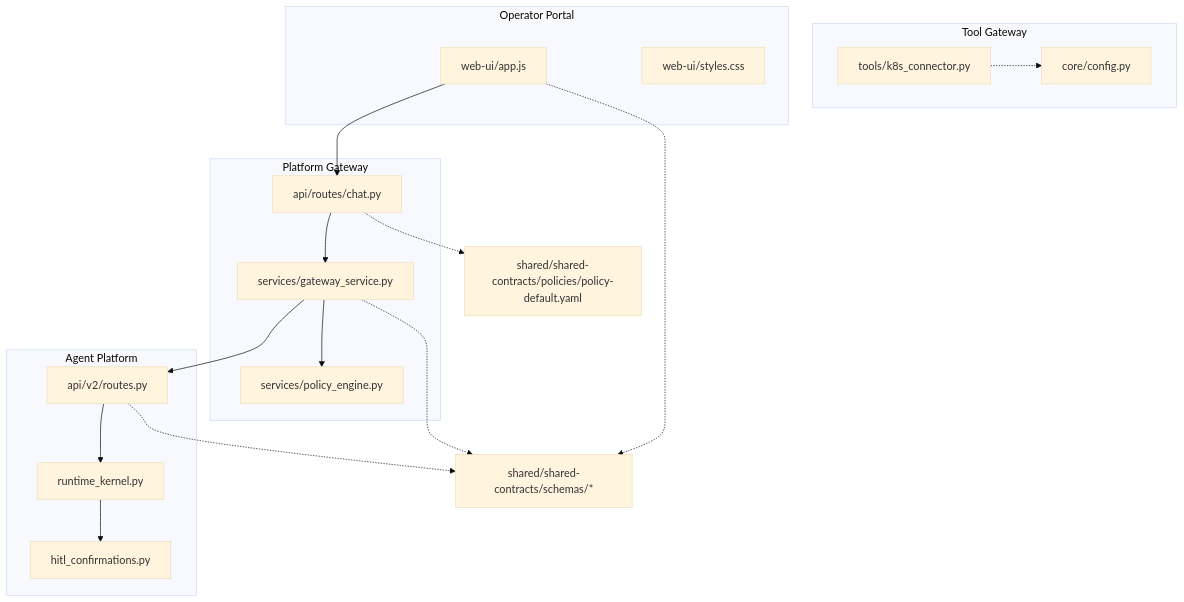
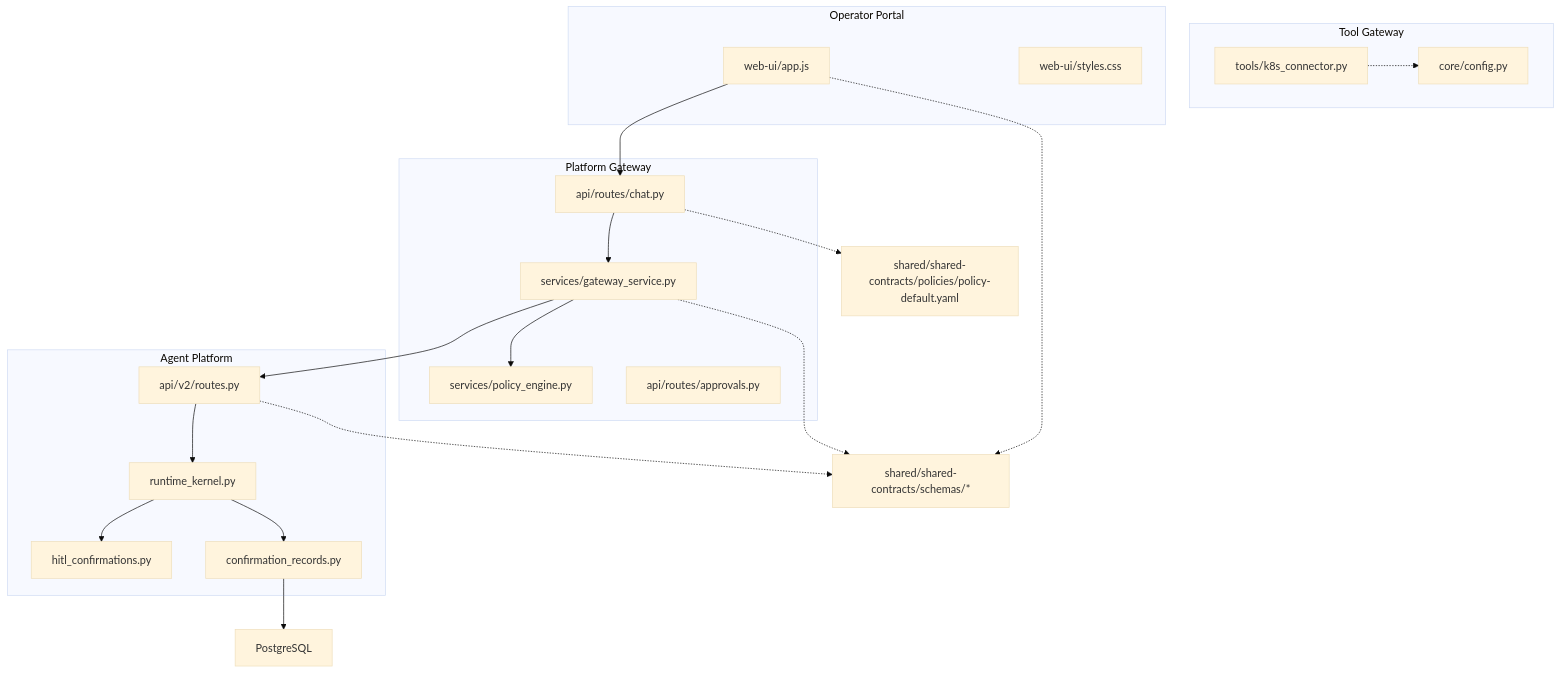
The first of 11 diagrams in .qoder/repowiki/en/content/Agent Platform Service/HITL Confirmation Bridging (SPEC-020).md (metasync/luban-aiops), drawn with Mermaid (base theme) before and after one commit. The commit also changed other lines of this file and 65 other files, not shown here.

````diff
--- a/.qoder/repowiki/en/content/Agent Platform Service/HITL Confirmation Bridging (SPEC-020).md
+++ b/.qoder/repowiki/en/content/Agent Platform Service/HITL Confirmation Bridging (SPEC-020).md
@@ -78,34 +77,39 @@
 ```mermaid
 graph TB
 subgraph "Agent Platform"
 RK["runtime_kernel.py"]
 HC["hitl_confirmations.py"]
+CR["confirmation_records.py"]
 R2["api/v2/routes.py"]
 end
 subgraph "Platform Gateway"
 GC["api/routes/chat.py"]
 GS["services/gateway_service.py"]
 PE["services/policy_engine.py"]
+AI["api/routes/approvals.py"]
 end
 subgraph "Tool Gateway"
 TG["tools/k8s_connector.py"]
 TC["core/config.py"]
 end
 subgraph "Operator Portal"
 PJ["web-ui/app.js"]
 PS["web-ui/styles.css"]
 end
+PG["PostgreSQL"]
 SC["shared/shared-contracts/schemas/*"]
 POL["shared/shared-contracts/policies/policy-default.yaml"]
 PJ --> GC
 GC --> GS
 GS --> PE
 GS --> R2
 R2 --> RK
 RK --> HC
+RK --> CR
+CR --> PG
 GC -.-> POL
 R2 -.-> SC
 GS -.-> SC
 PJ -.-> SC
 TG -.-> TC
 ```
````
